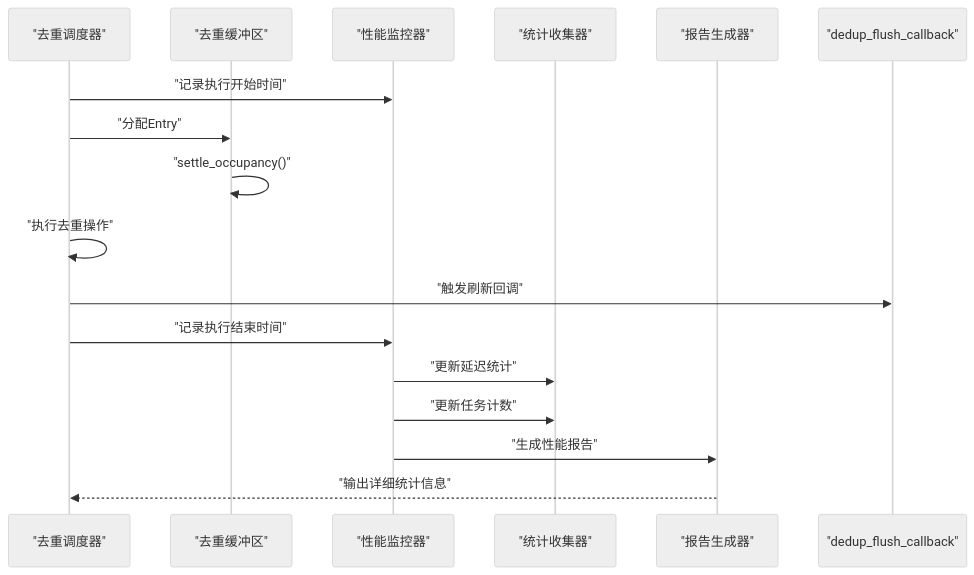
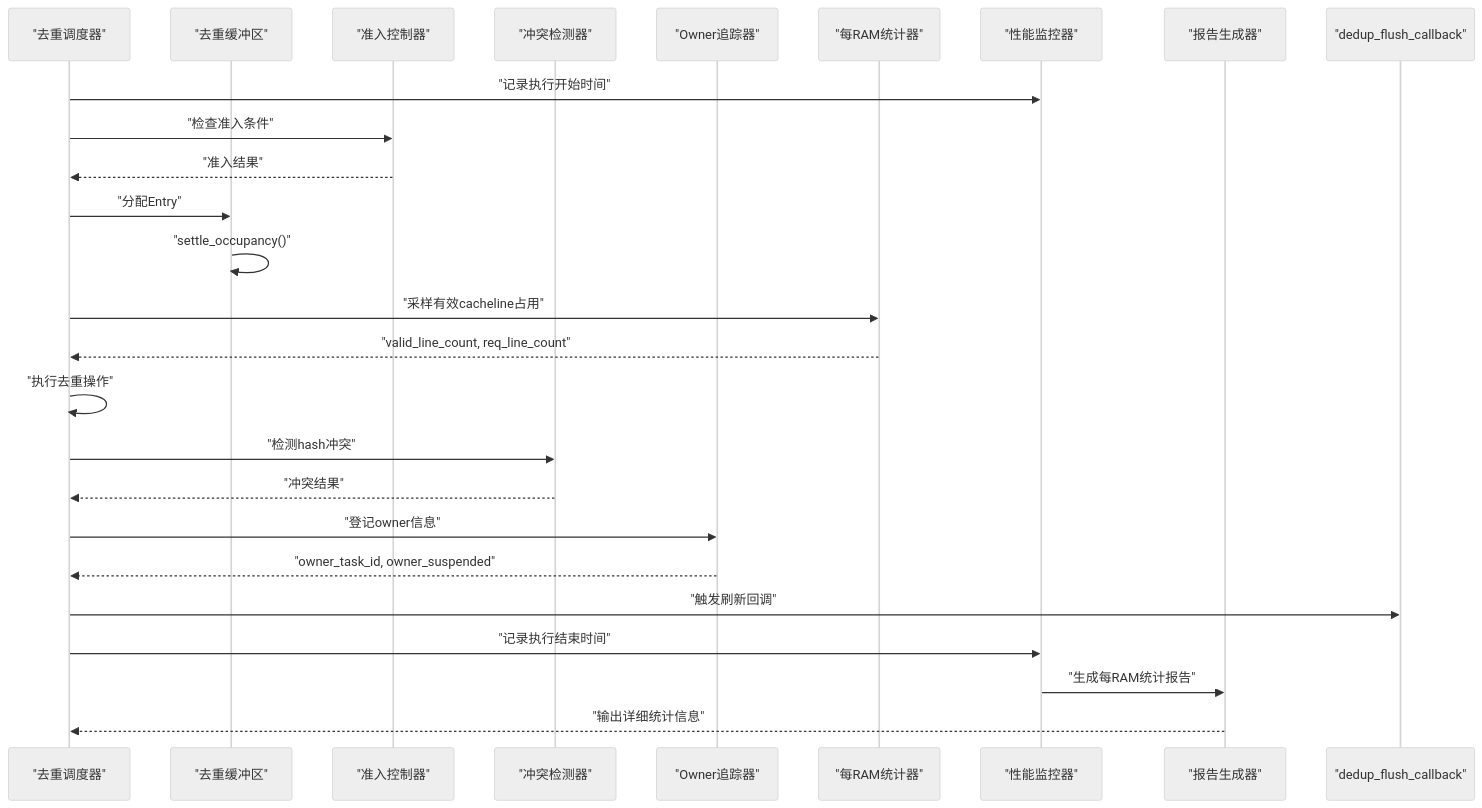
One commit to jiangjiang1122/iommu_model_20260401_v1 changed diagram 14 of 16 in .qoder/repowiki/zh/content/缓存系统/Dedup缓存（去重缓存）.md. Above: the diagram before and after it, drawn with Mermaid (neutral theme). The commit also changed other lines of this file and 55 other files, not shown here.

````diff
--- a/.qoder/repowiki/zh/content/缓存系统/Dedup缓存（去重缓存）.md
+++ b/.qoder/repowiki/zh/content/缓存系统/Dedup缓存（去重缓存）.md
@@ -727,19 +1076,28 @@
 ```mermaid
 sequenceDiagram
 participant 调度器 as "去重调度器"
 participant 缓冲区 as "去重缓冲区"
+participant 准入控制 as "准入控制器"
+participant 冲突检测 as "冲突检测器"
+participant Owner追踪 as "Owner追踪器"
+participant 每RAM统计 as "每RAM统计器"
 participant 监控 as "性能监控器"
-participant 统计 as "统计收集器"
 participant 报告 as "报告生成器"
 participant 回调 as "dedup_flush_callback"
 调度器->>监控 : "记录执行开始时间"
+调度器->>准入控制 : "检查准入条件"
+准入控制-->>调度器 : "准入结果"
 调度器->>缓冲区 : "分配Entry"
 缓冲区->>缓冲区 : "settle_occupancy()"
+调度器->>每RAM统计 : "采样有效cacheline占用"
+每RAM统计-->>调度器 : "valid_line_count, req_line_count"
 调度器->>调度器 : "执行去重操作"
+调度器->>冲突检测 : "检测hash冲突"
+冲突检测-->>调度器 : "冲突结果"
+调度器->>Owner追踪 : "登记owner信息"
+Owner追踪-->>调度器 : "owner_task_id, owner_suspended"
 调度器->>回调 : "触发刷新回调"
 调度器->>监控 : "记录执行结束时间"
-监控->>统计 : "更新延迟统计"
-监控->>统计 : "更新任务计数"
-监控->>报告 : "生成性能报告"
+监控->>报告 : "生成每RAM统计报告"
 报告-->>调度器 : "输出详细统计信息"
 ```
````
